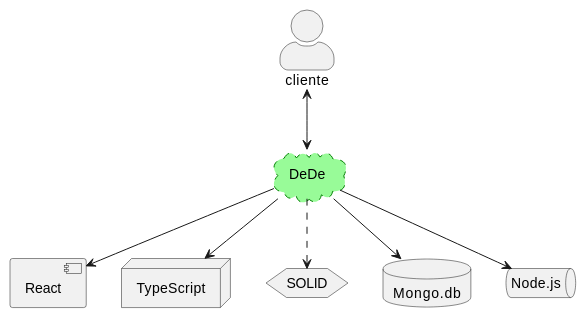
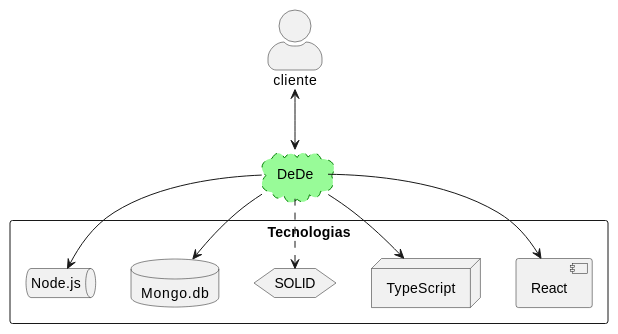
The second of 2 diagrams in docs/03_system_scope_and_context.adoc (Arquisoft/dede_es1c), drawn with PlantUML before and after one commit. The commit also changed 1 other file, not shown here.

Commit message:
Doc punto 3: Actualizacion diagrama contexto tecnico

```diff
--- a/docs/03_system_scope_and_context.adoc
+++ b/docs/03_system_scope_and_context.adoc
@@ -32,19 +32,21 @@
 [plantuml,"Diagrama tecnologias",png]
 ----
 @startuml
 skinparam actorstyle awesome
 actor cliente
 cloud DeDe #palegreen;line:green;line.dashed;text:black
+rectangle Tecnologias {
 component React 
 node TypeScript
 hexagon SOLID
 database Mongo.db
 queue Node.js
 DeDe <-up-> cliente
 DeDe -down-> React
 DeDe -down-> TypeScript
 DeDe -[dashed]down-> SOLID
 DeDe -down-> Mongo.db
 DeDe -down-> Node.js
+}
 @enduml
 ----
```
